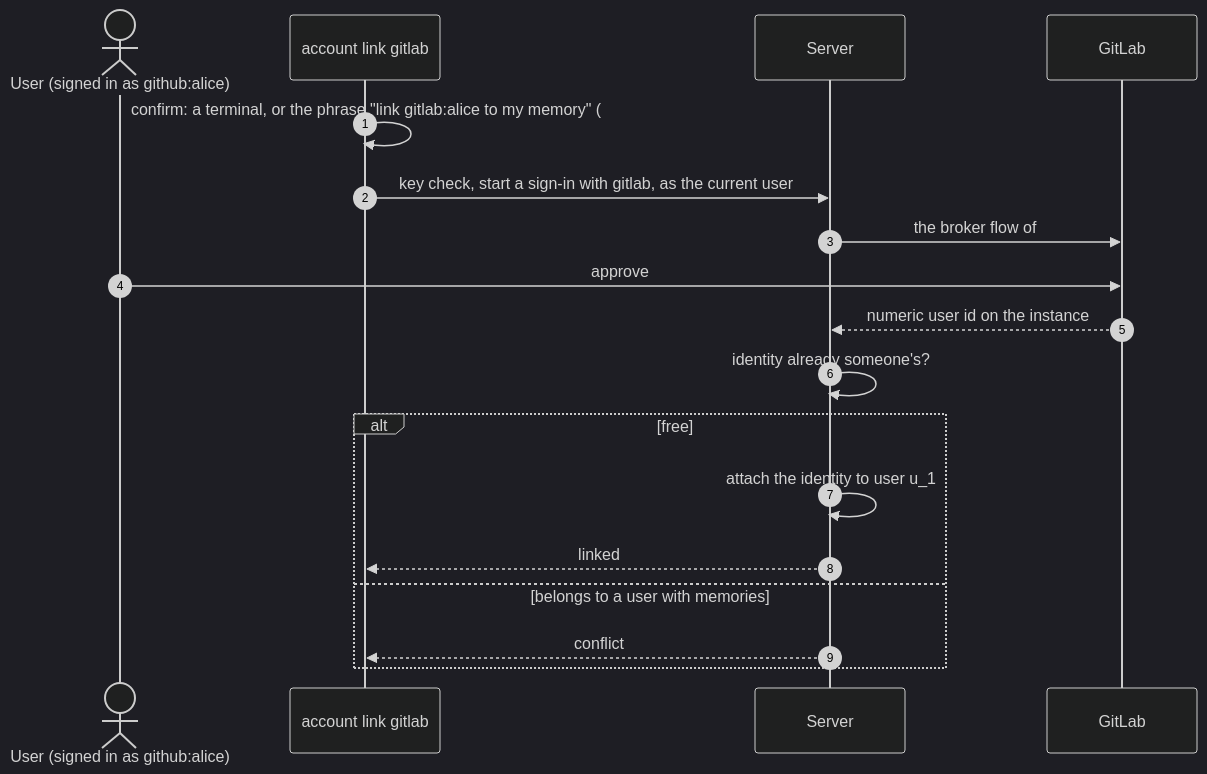
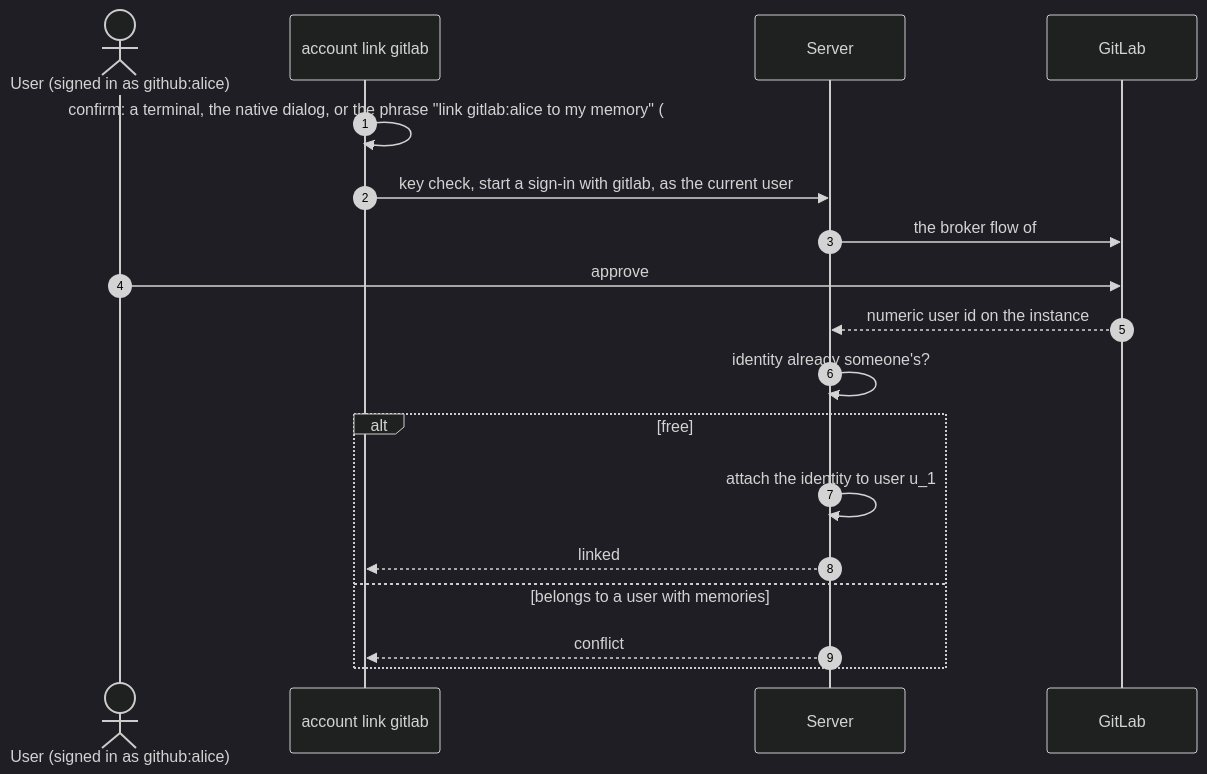
The seventh of 8 diagrams in design/03-identity-and-auth.md (l7aromeo/user-memory), drawn with Mermaid (dark theme) before and after one commit. The commit also changed other lines of this file and 13 other files, not shown here.

````diff
--- a/design/03-identity-and-auth.md
+++ b/design/03-identity-and-auth.md
@@ -381,20 +381,20 @@
 ```mermaid
 sequenceDiagram
   autonumber
   actor U as User (signed in as github:alice)
   participant A as account link gitlab
   participant S as Server
   participant P as GitLab
-  A->>A: confirm: a terminal, or the phrase "link gitlab:alice to my memory" (#62)
+  A->>A: confirm: a terminal, the native dialog, or the phrase "link gitlab:alice to my memory" (#62)
   A->>S: key check, start a sign-in with gitlab, as the current user
   S->>P: the broker flow of #64, with GitLab
   U->>P: approve
   P-->>S: numeric user id on the instance
   S->>S: identity already someone's?
   alt free
     S->>S: attach the identity to user u_1
     S-->>A: linked
   else belongs to a user with memories
     S-->>A: conflict
   end
 ```
````
